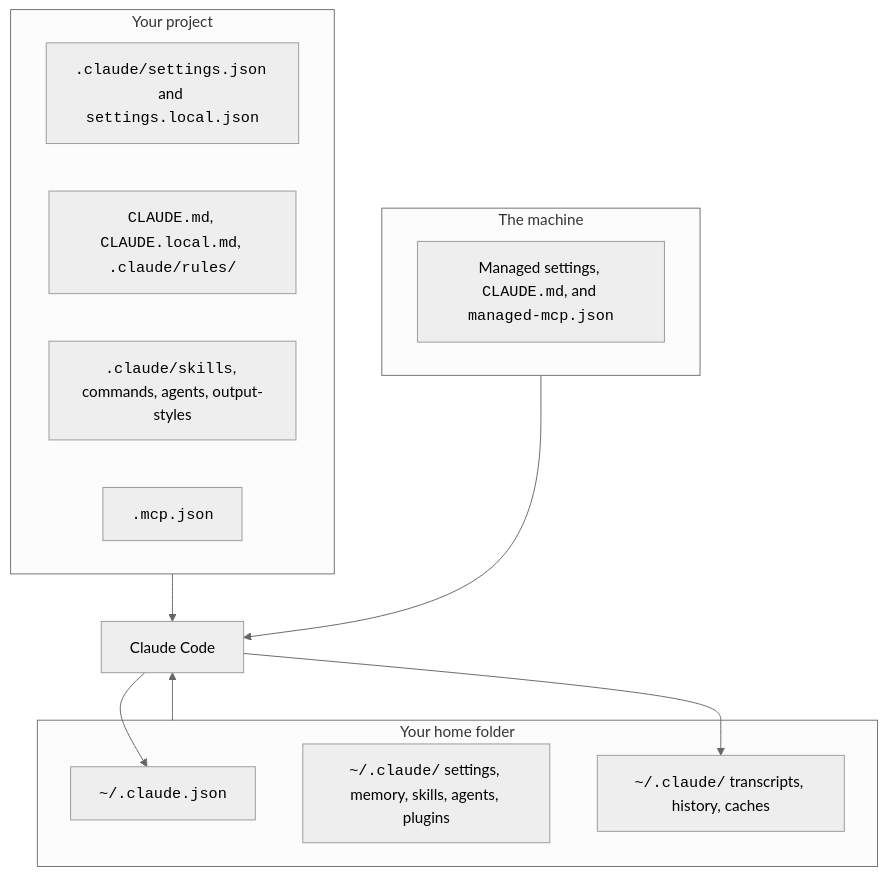
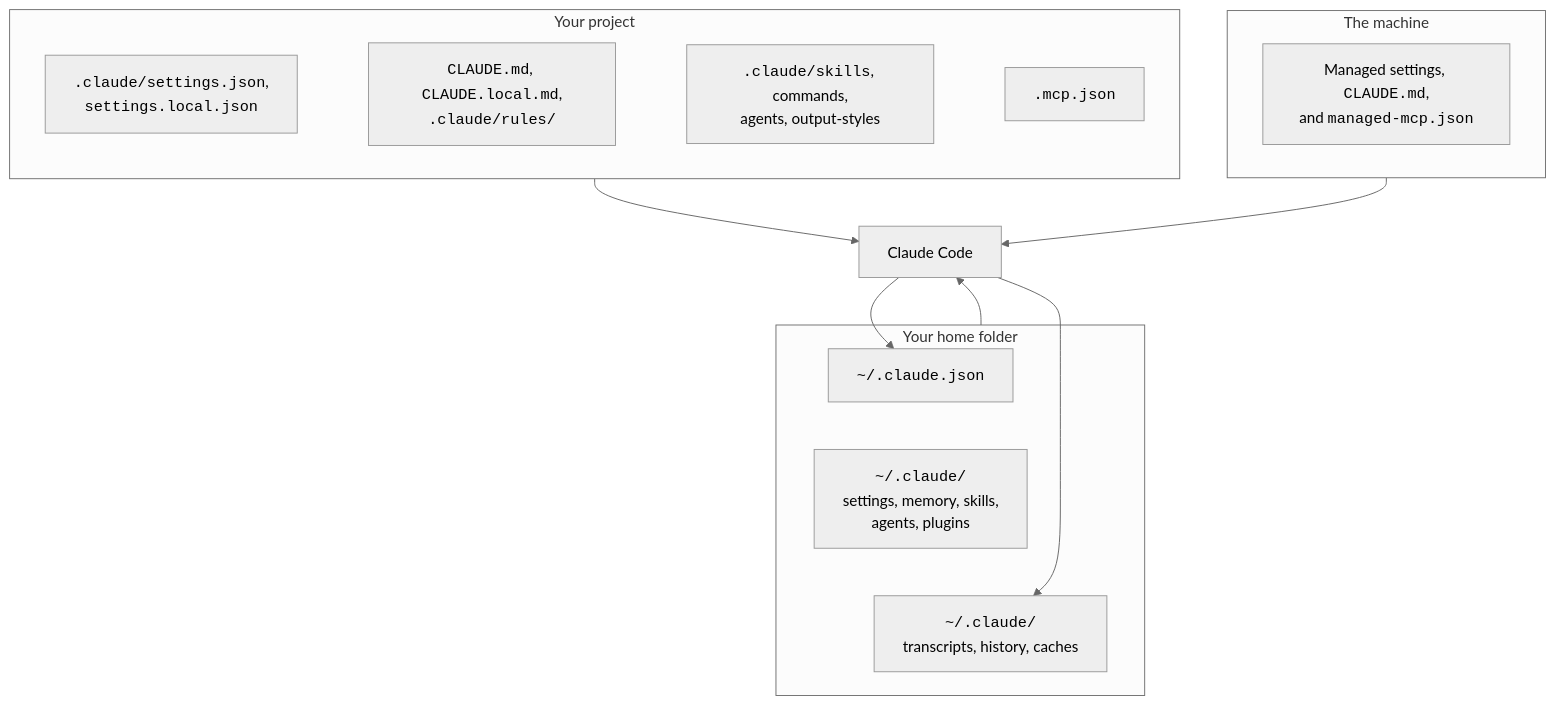
Before and after one commit to xsyetopz/claude-code-docs: the diagram in plugin/mcp/snapshot/pages/start/files-on-disk.md, drawn with Mermaid (neutral theme). The commit also changed other lines of this file and 189 other files, not shown here.

````diff
--- a/plugin/mcp/snapshot/pages/start/files-on-disk.md
+++ b/plugin/mcp/snapshot/pages/start/files-on-disk.md
@@ -32,22 +32,24 @@
 ```mermaid
 flowchart TB
   subgraph Project["Your project"]
-    PS["<code>.claude/settings.json</code> and <code>settings.local.json</code>"]
-    PM["<code>CLAUDE.md</code>, <code>CLAUDE.local.md</code>, <code>.claude/rules/</code>"]
-    PX["<code>.claude/skills</code>, commands, agents, output-styles"]
+    PS["<code>.claude/settings.json</code>,<br/><code>settings.local.json</code>"]
+    PM["<code>CLAUDE.md</code>, <code>CLAUDE.local.md</code>,<br/><code>.claude/rules/</code>"]
+    PX["<code>.claude/skills</code>, commands,<br/>agents, output-styles"]
     PJ["<code>.mcp.json</code>"]
   end
   subgraph Home["Your home folder"]
     UJ["<code>~/.claude.json</code>"]
-    UC["<code>~/.claude/</code> settings, memory, skills, agents, plugins"]
-    UD["<code>~/.claude/</code> transcripts, history, caches"]
+    UC["<code>~/.claude/</code><br/>settings, memory, skills,<br/>agents, plugins"]
+    UD["<code>~/.claude/</code><br/>transcripts, history, caches"]
   end
   subgraph Machine["The machine"]
-    MS["Managed settings, <code>CLAUDE.md</code>, and <code>managed-mcp.json</code>"]
+    MS["Managed settings, <code>CLAUDE.md</code>,<br/>and <code>managed-mcp.json</code>"]
   end
+  PS ~~~ PM ~~~ PX ~~~ PJ
+  UJ ~~~ UC ~~~ UD
   Project --> CC[Claude Code]
   Home --> CC
   Machine --> CC
   CC --> UD
   CC --> UJ
 ```
````
